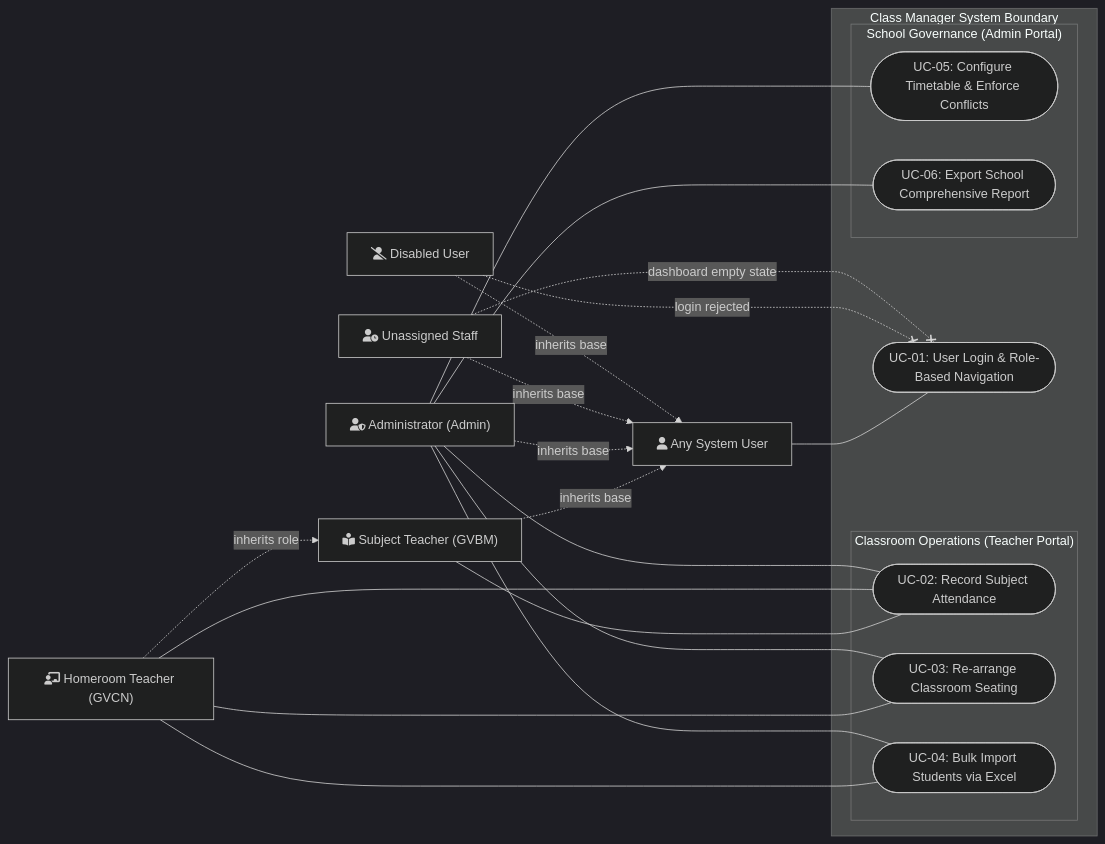
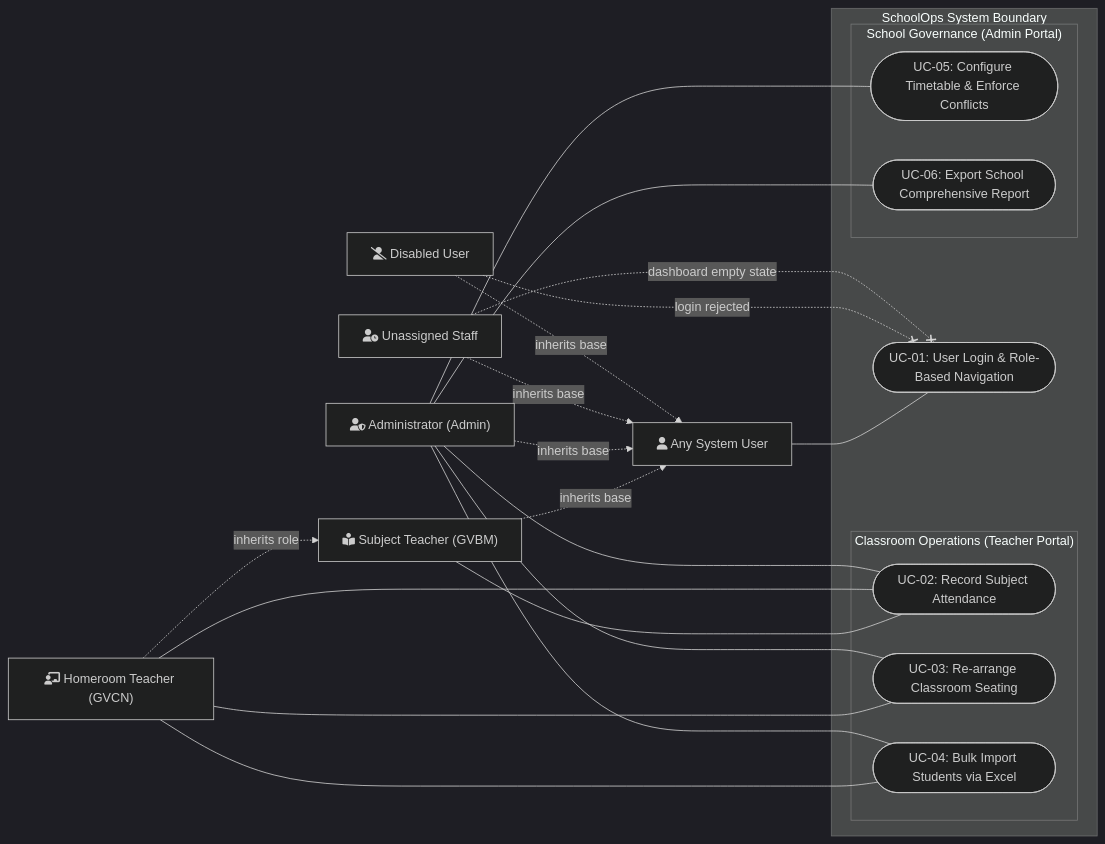
The second of 4 diagrams in docs/diagrams/use-case-diagrams.md (tranhohoangvu/class-manager), drawn with Mermaid (dark theme) before and after one commit. The commit also changed other lines of this file and 27 other files, not shown here.

Commit message:
chore: rebrand project to SchoolOps and update documentation and workspace configs

````diff
--- a/docs/diagrams/use-case-diagrams.md
+++ b/docs/diagrams/use-case-diagrams.md
@@ -42,51 +42,51 @@
 ```mermaid
 flowchart LR
     %% Actors
     ActorUser["fa:fa-user Any System User"]
     ActorGVCN["fa:fa-chalkboard-teacher Homeroom Teacher (GVCN)"]
     ActorGVBM["fa:fa-book-reader Subject Teacher (GVBM)"]
     ActorAdmin["fa:fa-user-shield Administrator (Admin)"]
     ActorUnassigned["fa:fa-user-clock Unassigned Staff"]
     ActorDisabled["fa:fa-user-slash Disabled User"]
 
     %% Actor Relationships
     ActorGVCN -.->|inherits role| ActorGVBM
     ActorGVBM -.->|inherits base| ActorUser
     ActorAdmin -.->|inherits base| ActorUser
     ActorUnassigned -.->|inherits base| ActorUser
     ActorDisabled -.->|inherits base| ActorUser
 
-    subgraph SystemBoundary ["Class Manager System Boundary"]
+    subgraph SystemBoundary ["SchoolOps System Boundary"]
         %% Core Auth
         UC01(["UC-01: User Login & Role-Based Navigation"])
 
         %% Teacher Operations
         subgraph SubgraphTeacher ["Classroom Operations (Teacher Portal)"]
             UC02(["UC-02: Record Subject Attendance"])
             UC03(["UC-03: Re-arrange Classroom Seating"])
             UC04(["UC-04: Bulk Import Students via Excel"])
         end
 
         %% Admin Operations
         subgraph SubgraphAdmin ["School Governance (Admin Portal)"]
             UC05(["UC-05: Configure Timetable & Enforce Conflicts"])
             UC06(["UC-06: Export School Comprehensive Report"])
         end
     end
 
     %% Associations
     ActorUser --- UC01
     ActorDisabled -.-x|login rejected| UC01
     ActorUnassigned -.-x|dashboard empty state| UC01
 
     ActorGVBM --- UC02
     ActorGVCN --- UC02
     ActorGVCN --- UC03
     ActorGVCN --- UC04
 
     ActorAdmin --- UC02
     ActorAdmin --- UC03
     ActorAdmin --- UC04
     ActorAdmin --- UC05
     ActorAdmin --- UC06
 ```
````
